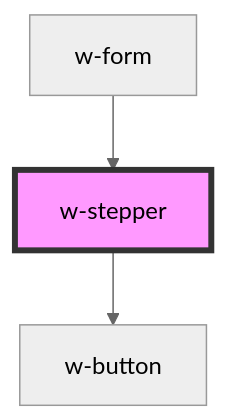
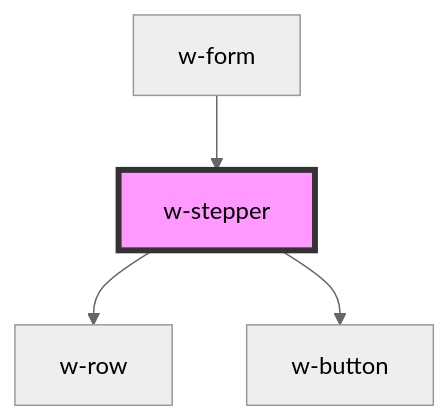
The diagram in src/components/w-stepper/readme.md (theUrbans/uniform), drawn with Mermaid (neutral theme) before and after one commit. The commit also changed other lines of this file and 6 other files, not shown here.

````diff
--- a/src/components/w-stepper/readme.md
+++ b/src/components/w-stepper/readme.md
@@ -39,6 +40,7 @@
 ```mermaid
 graph TD;
+  w-stepper --> w-row
   w-stepper --> w-button
   w-form --> w-stepper
   style w-stepper fill:#f9f,stroke:#333,stroke-width:4px
 ```
````
